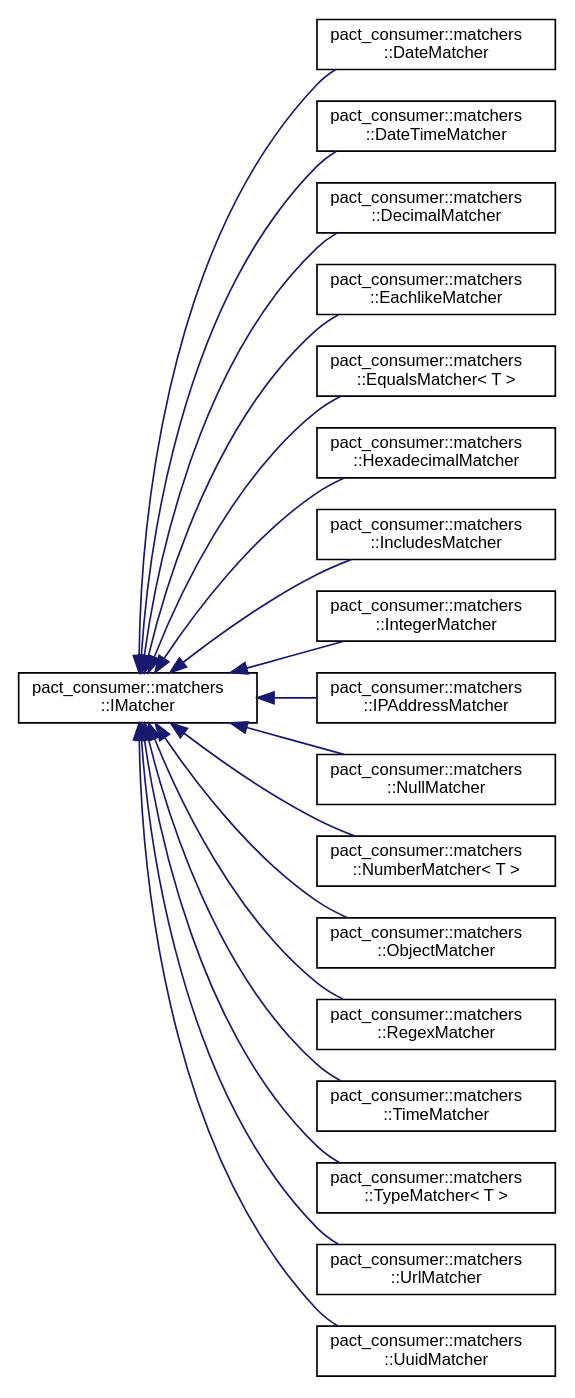
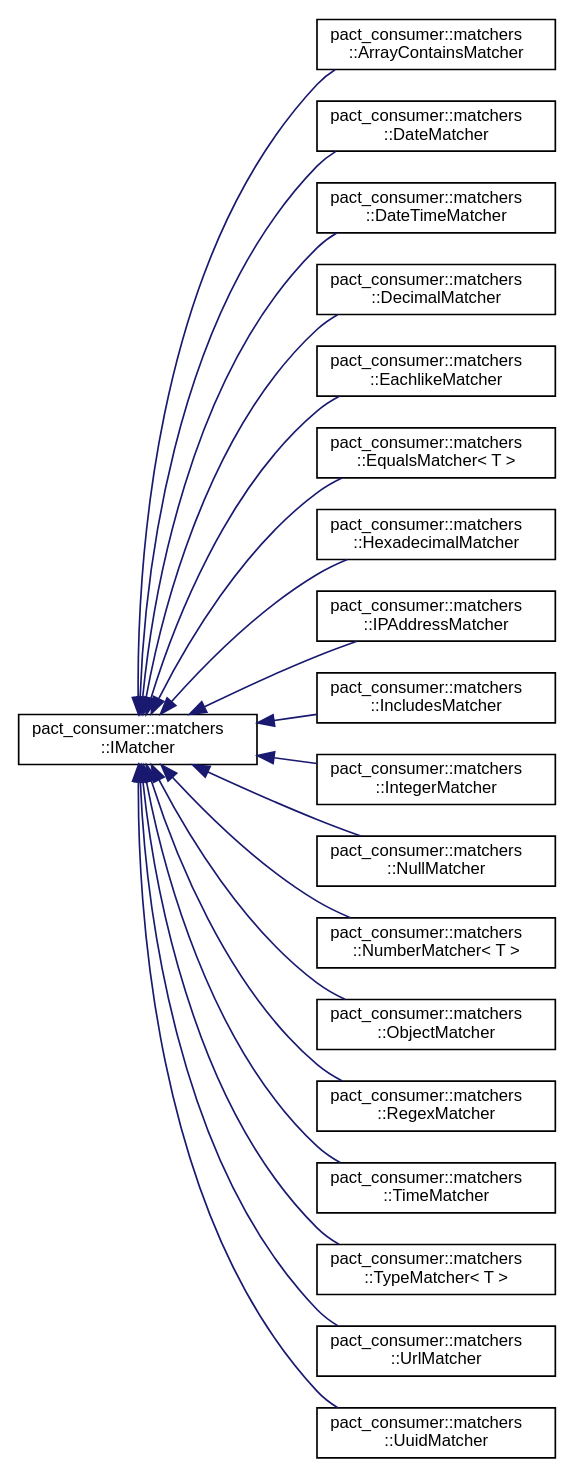
Before and after one commit to pact-foundation/docs.pact.io: the diagram in website/static/cpp_docs/consumer/inherit_graph_1.dot, drawn with Graphviz. The commit also changed 248 other files, not shown here.

```diff
--- a/website/static/cpp_docs/consumer/inherit_graph_1.dot
+++ b/website/static/cpp_docs/consumer/inherit_graph_1.dot
@@ -1,42 +1,44 @@
 digraph "Graphical Class Hierarchy"
 {
  // LATEX_PDF_SIZE
   edge [fontname="Helvetica",fontsize="10",labelfontname="Helvetica",labelfontsize="10"];
   node [fontname="Helvetica",fontsize="10",shape=record];
   rankdir="LR";
   Node0 [label="pact_consumer::matchers\l::IMatcher",height=0.2,width=0.4,color="black", fillcolor="white", style="filled",URL="$classpact__consumer_1_1matchers_1_1IMatcher.html",tooltip=" "];
   Node0 -> Node1 [dir="back",color="midnightblue",fontsize="10",style="solid",fontname="Helvetica"];
-  Node1 [label="pact_consumer::matchers\l::DateMatcher",height=0.2,width=0.4,color="black", fillcolor="white", style="filled",URL="$classpact__consumer_1_1matchers_1_1DateMatcher.html",tooltip=" "];
+  Node1 [label="pact_consumer::matchers\l::ArrayContainsMatcher",height=0.2,width=0.4,color="black", fillcolor="white", style="filled",URL="$classpact__consumer_1_1matchers_1_1ArrayContainsMatcher.html",tooltip=" "];
   Node0 -> Node2 [dir="back",color="midnightblue",fontsize="10",style="solid",fontname="Helvetica"];
-  Node2 [label="pact_consumer::matchers\l::DateTimeMatcher",height=0.2,width=0.4,color="black", fillcolor="white", style="filled",URL="$classpact__consumer_1_1matchers_1_1DateTimeMatcher.html",tooltip=" "];
+  Node2 [label="pact_consumer::matchers\l::DateMatcher",height=0.2,width=0.4,color="black", fillcolor="white", style="filled",URL="$classpact__consumer_1_1matchers_1_1DateMatcher.html",tooltip=" "];
   Node0 -> Node3 [dir="back",color="midnightblue",fontsize="10",style="solid",fontname="Helvetica"];
-  Node3 [label="pact_consumer::matchers\l::DecimalMatcher",height=0.2,width=0.4,color="black", fillcolor="white", style="filled",URL="$classpact__consumer_1_1matchers_1_1DecimalMatcher.html",tooltip=" "];
+  Node3 [label="pact_consumer::matchers\l::DateTimeMatcher",height=0.2,width=0.4,color="black", fillcolor="white", style="filled",URL="$classpact__consumer_1_1matchers_1_1DateTimeMatcher.html",tooltip=" "];
   Node0 -> Node4 [dir="back",color="midnightblue",fontsize="10",style="solid",fontname="Helvetica"];
-  Node4 [label="pact_consumer::matchers\l::EachlikeMatcher",height=0.2,width=0.4,color="black", fillcolor="white", style="filled",URL="$classpact__consumer_1_1matchers_1_1EachlikeMatcher.html",tooltip=" "];
+  Node4 [label="pact_consumer::matchers\l::DecimalMatcher",height=0.2,width=0.4,color="black", fillcolor="white", style="filled",URL="$classpact__consumer_1_1matchers_1_1DecimalMatcher.html",tooltip=" "];
   Node0 -> Node5 [dir="back",color="midnightblue",fontsize="10",style="solid",fontname="Helvetica"];
-  Node5 [label="pact_consumer::matchers\l::EqualsMatcher\< T \>",height=0.2,width=0.4,color="black", fillcolor="white", style="filled",URL="$classpact__consumer_1_1matchers_1_1EqualsMatcher.html",tooltip=" "];
+  Node5 [label="pact_consumer::matchers\l::EachlikeMatcher",height=0.2,width=0.4,color="black", fillcolor="white", style="filled",URL="$classpact__consumer_1_1matchers_1_1EachlikeMatcher.html",tooltip=" "];
   Node0 -> Node6 [dir="back",color="midnightblue",fontsize="10",style="solid",fontname="Helvetica"];
-  Node6 [label="pact_consumer::matchers\l::HexadecimalMatcher",height=0.2,width=0.4,color="black", fillcolor="white", style="filled",URL="$classpact__consumer_1_1matchers_1_1HexadecimalMatcher.html",tooltip=" "];
+  Node6 [label="pact_consumer::matchers\l::EqualsMatcher\< T \>",height=0.2,width=0.4,color="black", fillcolor="white", style="filled",URL="$classpact__consumer_1_1matchers_1_1EqualsMatcher.html",tooltip=" "];
   Node0 -> Node7 [dir="back",color="midnightblue",fontsize="10",style="solid",fontname="Helvetica"];
-  Node7 [label="pact_consumer::matchers\l::IncludesMatcher",height=0.2,width=0.4,color="black", fillcolor="white", style="filled",URL="$classpact__consumer_1_1matchers_1_1IncludesMatcher.html",tooltip=" "];
+  Node7 [label="pact_consumer::matchers\l::HexadecimalMatcher",height=0.2,width=0.4,color="black", fillcolor="white", style="filled",URL="$classpact__consumer_1_1matchers_1_1HexadecimalMatcher.html",tooltip=" "];
   Node0 -> Node8 [dir="back",color="midnightblue",fontsize="10",style="solid",fontname="Helvetica"];
-  Node8 [label="pact_consumer::matchers\l::IntegerMatcher",height=0.2,width=0.4,color="black", fillcolor="white", style="filled",URL="$classpact__consumer_1_1matchers_1_1IntegerMatcher.html",tooltip=" "];
+  Node8 [label="pact_consumer::matchers\l::IPAddressMatcher",height=0.2,width=0.4,color="black", fillcolor="white", style="filled",URL="$classpact__consumer_1_1matchers_1_1IPAddressMatcher.html",tooltip=" "];
   Node0 -> Node9 [dir="back",color="midnightblue",fontsize="10",style="solid",fontname="Helvetica"];
-  Node9 [label="pact_consumer::matchers\l::IPAddressMatcher",height=0.2,width=0.4,color="black", fillcolor="white", style="filled",URL="$classpact__consumer_1_1matchers_1_1IPAddressMatcher.html",tooltip=" "];
+  Node9 [label="pact_consumer::matchers\l::IncludesMatcher",height=0.2,width=0.4,color="black", fillcolor="white", style="filled",URL="$classpact__consumer_1_1matchers_1_1IncludesMatcher.html",tooltip=" "];
   Node0 -> Node10 [dir="back",color="midnightblue",fontsize="10",style="solid",fontname="Helvetica"];
-  Node10 [label="pact_consumer::matchers\l::NullMatcher",height=0.2,width=0.4,color="black", fillcolor="white", style="filled",URL="$classpact__consumer_1_1matchers_1_1NullMatcher.html",tooltip=" "];
+  Node10 [label="pact_consumer::matchers\l::IntegerMatcher",height=0.2,width=0.4,color="black", fillcolor="white", style="filled",URL="$classpact__consumer_1_1matchers_1_1IntegerMatcher.html",tooltip=" "];
   Node0 -> Node11 [dir="back",color="midnightblue",fontsize="10",style="solid",fontname="Helvetica"];
-  Node11 [label="pact_consumer::matchers\l::NumberMatcher\< T \>",height=0.2,width=0.4,color="black", fillcolor="white", style="filled",URL="$classpact__consumer_1_1matchers_1_1NumberMatcher.html",tooltip=" "];
+  Node11 [label="pact_consumer::matchers\l::NullMatcher",height=0.2,width=0.4,color="black", fillcolor="white", style="filled",URL="$classpact__consumer_1_1matchers_1_1NullMatcher.html",tooltip=" "];
   Node0 -> Node12 [dir="back",color="midnightblue",fontsize="10",style="solid",fontname="Helvetica"];
-  Node12 [label="pact_consumer::matchers\l::ObjectMatcher",height=0.2,width=0.4,color="black", fillcolor="white", style="filled",URL="$classpact__consumer_1_1matchers_1_1ObjectMatcher.html",tooltip=" "];
+  Node12 [label="pact_consumer::matchers\l::NumberMatcher\< T \>",height=0.2,width=0.4,color="black", fillcolor="white", style="filled",URL="$classpact__consumer_1_1matchers_1_1NumberMatcher.html",tooltip=" "];
   Node0 -> Node13 [dir="back",color="midnightblue",fontsize="10",style="solid",fontname="Helvetica"];
-  Node13 [label="pact_consumer::matchers\l::RegexMatcher",height=0.2,width=0.4,color="black", fillcolor="white", style="filled",URL="$classpact__consumer_1_1matchers_1_1RegexMatcher.html",tooltip=" "];
+  Node13 [label="pact_consumer::matchers\l::ObjectMatcher",height=0.2,width=0.4,color="black", fillcolor="white", style="filled",URL="$classpact__consumer_1_1matchers_1_1ObjectMatcher.html",tooltip=" "];
   Node0 -> Node14 [dir="back",color="midnightblue",fontsize="10",style="solid",fontname="Helvetica"];
-  Node14 [label="pact_consumer::matchers\l::TimeMatcher",height=0.2,width=0.4,color="black", fillcolor="white", style="filled",URL="$classpact__consumer_1_1matchers_1_1TimeMatcher.html",tooltip=" "];
+  Node14 [label="pact_consumer::matchers\l::RegexMatcher",height=0.2,width=0.4,color="black", fillcolor="white", style="filled",URL="$classpact__consumer_1_1matchers_1_1RegexMatcher.html",tooltip=" "];
   Node0 -> Node15 [dir="back",color="midnightblue",fontsize="10",style="solid",fontname="Helvetica"];
-  Node15 [label="pact_consumer::matchers\l::TypeMatcher\< T \>",height=0.2,width=0.4,color="black", fillcolor="white", style="filled",URL="$classpact__consumer_1_1matchers_1_1TypeMatcher.html",tooltip=" "];
+  Node15 [label="pact_consumer::matchers\l::TimeMatcher",height=0.2,width=0.4,color="black", fillcolor="white", style="filled",URL="$classpact__consumer_1_1matchers_1_1TimeMatcher.html",tooltip=" "];
   Node0 -> Node16 [dir="back",color="midnightblue",fontsize="10",style="solid",fontname="Helvetica"];
-  Node16 [label="pact_consumer::matchers\l::UrlMatcher",height=0.2,width=0.4,color="black", fillcolor="white", style="filled",URL="$classpact__consumer_1_1matchers_1_1UrlMatcher.html",tooltip=" "];
+  Node16 [label="pact_consumer::matchers\l::TypeMatcher\< T \>",height=0.2,width=0.4,color="black", fillcolor="white", style="filled",URL="$classpact__consumer_1_1matchers_1_1TypeMatcher.html",tooltip=" "];
   Node0 -> Node17 [dir="back",color="midnightblue",fontsize="10",style="solid",fontname="Helvetica"];
-  Node17 [label="pact_consumer::matchers\l::UuidMatcher",height=0.2,width=0.4,color="black", fillcolor="white", style="filled",URL="$classpact__consumer_1_1matchers_1_1UuidMatcher.html",tooltip=" "];
+  Node17 [label="pact_consumer::matchers\l::UrlMatcher",height=0.2,width=0.4,color="black", fillcolor="white", style="filled",URL="$classpact__consumer_1_1matchers_1_1UrlMatcher.html",tooltip=" "];
+  Node0 -> Node18 [dir="back",color="midnightblue",fontsize="10",style="solid",fontname="Helvetica"];
+  Node18 [label="pact_consumer::matchers\l::UuidMatcher",height=0.2,width=0.4,color="black", fillcolor="white", style="filled",URL="$classpact__consumer_1_1matchers_1_1UuidMatcher.html",tooltip=" "];
 }
```
